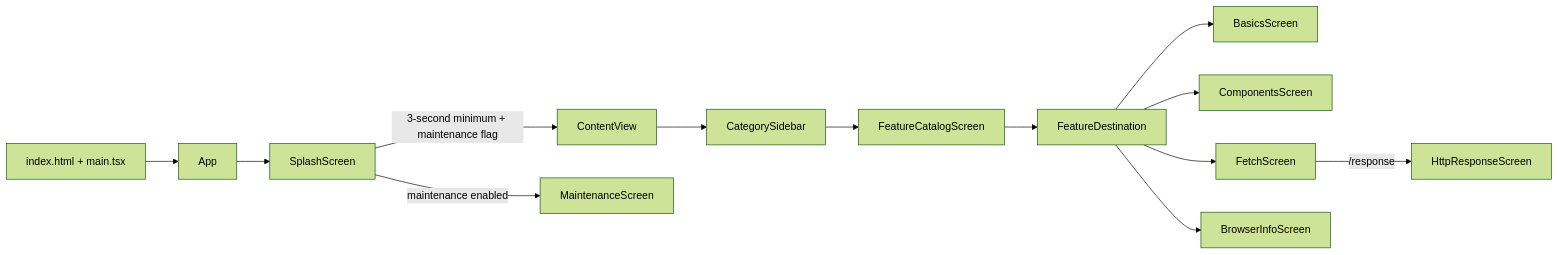
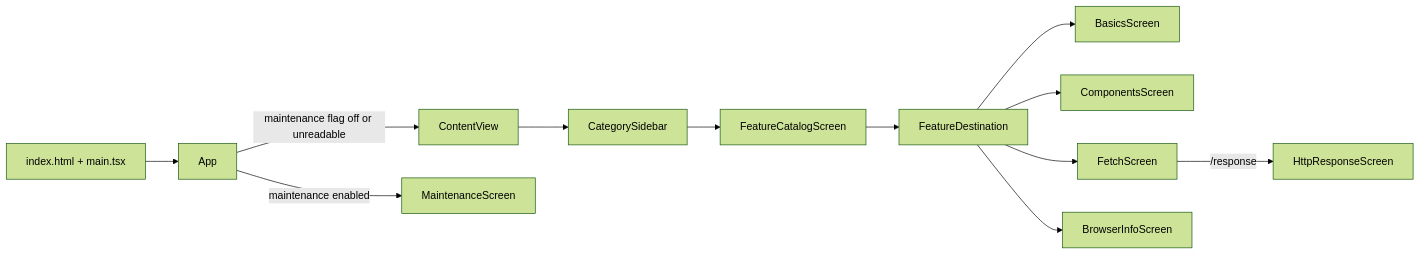
One commit to gjp-ai/gjp-lab-web-react changed the first of 2 diagrams in doc/architecture/application.md. Above: the diagram before and after it, drawn with Mermaid (forest theme). The commit also changed other lines of this file and 14 other files, not shown here.

First line of the commit message:
Remove the splash screen

````diff
--- a/doc/architecture/application.md
+++ b/doc/architecture/application.md
@@ -11,15 +11,14 @@
 ```mermaid
 flowchart LR
     Load[index.html + main.tsx] --> App
-    App --> Splash[SplashScreen]
-    Splash -->|3-second minimum + maintenance flag| Content[ContentView]
-    Splash -->|maintenance enabled| Maintenance[MaintenanceScreen]
+    App -->|maintenance flag off or unreadable| Content[ContentView]
+    App -->|maintenance enabled| Maintenance[MaintenanceScreen]
     Content --> Sidebar[CategorySidebar]
     Sidebar --> Catalog[FeatureCatalogScreen]
     Catalog --> Destination[FeatureDestination]
     Destination --> Basics[BasicsScreen]
     Destination --> Components[ComponentsScreen]
     Destination --> Fetch[FetchScreen]
     Destination --> Browser[BrowserInfoScreen]
     Fetch -->|/response| Response[HttpResponseScreen]
 ```
````
